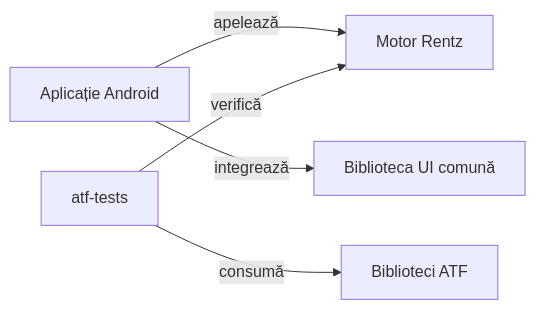
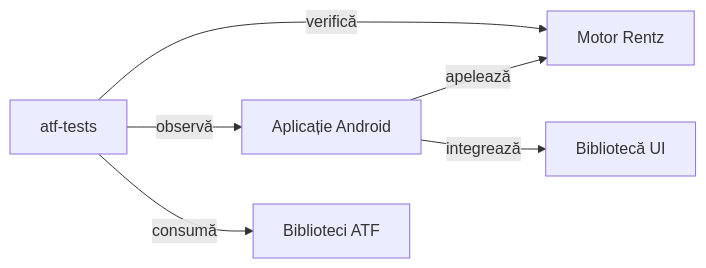
The first of 2 diagrams in README.md (crististefanita/atf_j5), drawn with Mermaid before and after one commit. The commit also changed other lines of this file and 10 other files, not shown here.

````diff
--- a/README.md
+++ b/README.md
@@ -20,7 +16,8 @@
 ```mermaid
 flowchart LR
     APP["Aplicație Android"] -->|apelează| CORE["Motor Rentz"]
-    APP -->|integrează| UI["Biblioteca UI comună"]
+    APP -->|integrează| UI["Bibliotecă UI"]
     ATF["atf-tests"] -->|verifică| CORE
+    ATF -->|observă| APP
     ATF -->|consumă| LIB["Biblioteci ATF"]
 ```
````
